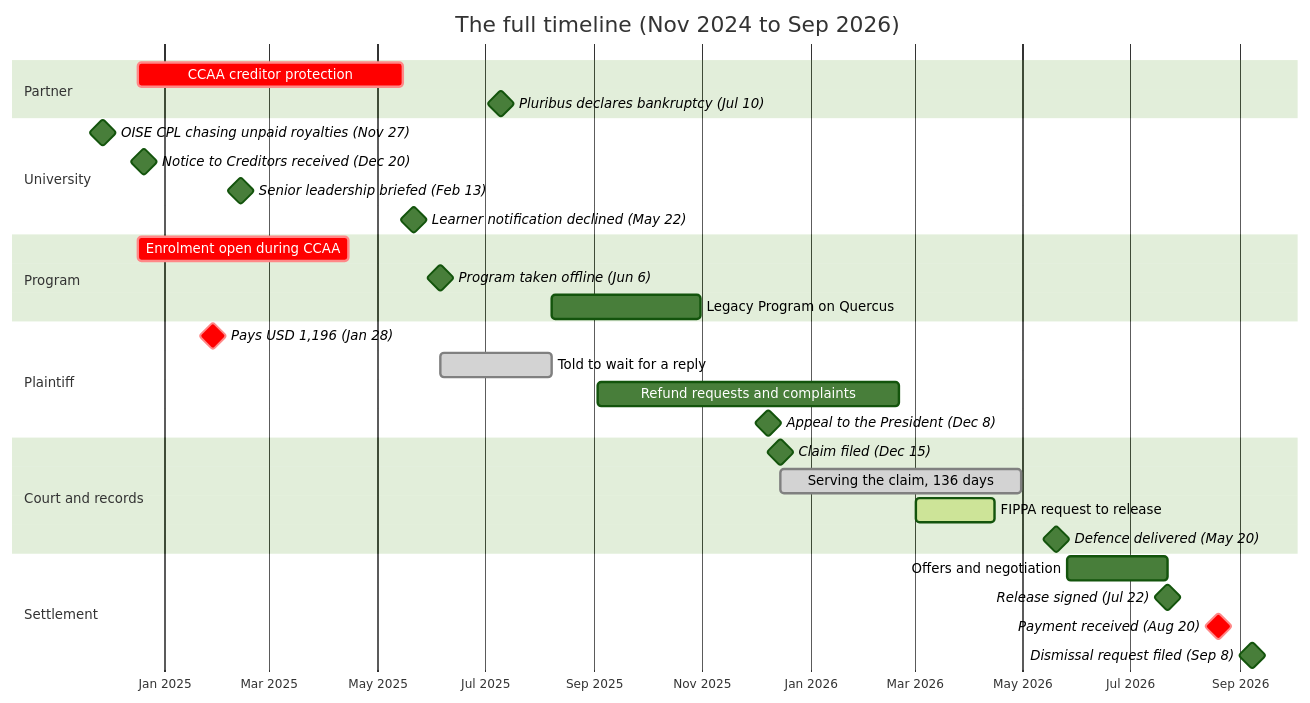
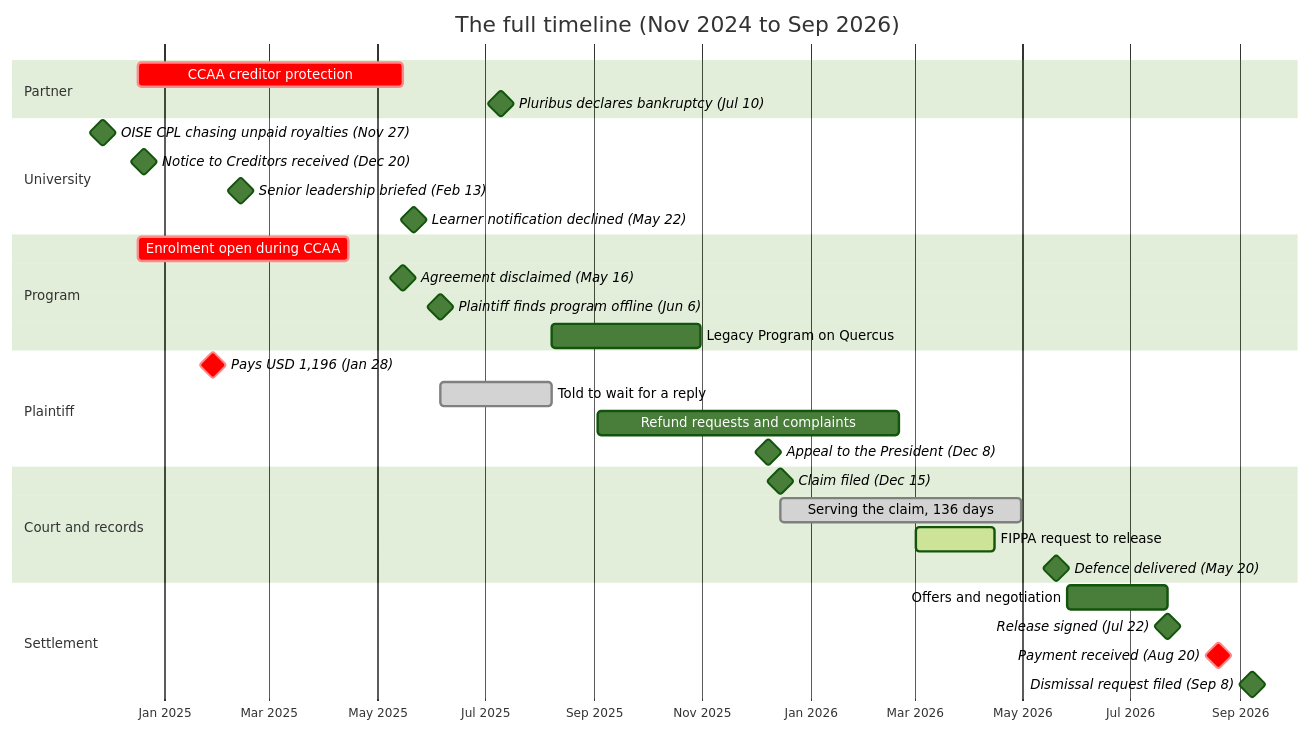
One commit to whistleblower33/University-of-Toronto-OISE-TEFL-Certificate-Scandal changed the first of 2 diagrams in README.md. Above: the diagram before and after it, drawn with Mermaid (forest theme). The commit also changed other lines of this file, not shown here.

````diff
--- a/README.md
+++ b/README.md
@@ -108,41 +106,42 @@
 ```mermaid
 gantt
     title The full timeline (Nov 2024 to Sep 2026)
     dateFormat YYYY-MM-DD
     axisFormat %b %Y
     tickInterval 2month
     todayMarker off
 
     section Partner
     CCAA creditor protection                     :crit, a1, 2024-12-17, 2025-05-16
     Pluribus declares bankruptcy (Jul 10)        :milestone, a2, 2025-07-10, 0d
 
     section University
     OISE CPL chasing unpaid royalties (Nov 27)   :milestone, b0, 2024-11-27, 0d
     Notice to Creditors received (Dec 20)        :milestone, b1, 2024-12-20, 0d
     Senior leadership briefed (Feb 13)           :milestone, b2, 2025-02-13, 0d
     Learner notification declined (May 22)       :milestone, b3, 2025-05-22, 0d
 
     section Program
     Enrolment open during CCAA                   :crit, c1, 2024-12-17, 2025-04-15
-    Program taken offline (Jun 6)                :milestone, c2, 2025-06-06, 0d
+    Agreement disclaimed (May 16)                :milestone, c2, 2025-05-16, 0d
+    Plaintiff finds program offline (Jun 6)      :milestone, c4, 2025-06-06, 0d
     Legacy Program on Quercus                    :c3, 2025-08-08, 2025-10-31
 
     section Plaintiff
     Pays USD 1,196 (Jan 28)                      :crit, milestone, d1, 2025-01-28, 0d
     Told to wait for a reply                     :done, d2, 2025-06-06, 2025-08-08
     Refund requests and complaints               :d3, 2025-09-03, 2026-02-20
     Appeal to the President (Dec 8)              :milestone, d4, 2025-12-08, 0d
 
     section Court and records
     Claim filed (Dec 15)                         :milestone, e1, 2025-12-15, 0d
     Serving the claim, 136 days                  :done, e2, 2025-12-15, 2026-04-30
     FIPPA request to release                     :active, e3, 2026-03-02, 2026-04-15
     Defence delivered (May 20)                   :milestone, e4, 2026-05-20, 0d
 
     section Settlement
     Offers and negotiation                       :f1, 2026-05-26, 2026-07-22
     Release signed (Jul 22)                      :milestone, f2, 2026-07-22, 0d
     Payment received (Aug 20)                    :crit, milestone, f3, 2026-08-20, 0d
     Dismissal request filed (Sep 8)              :milestone, f4, 2026-09-08, 0d
 ```
````
